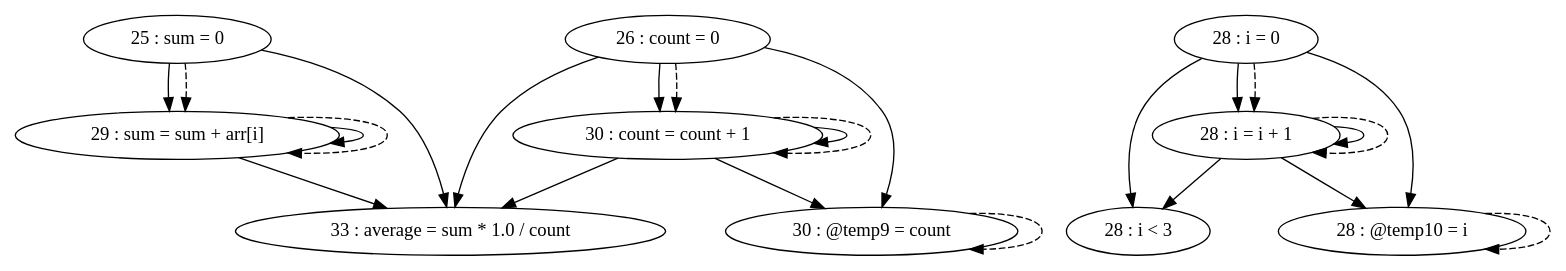
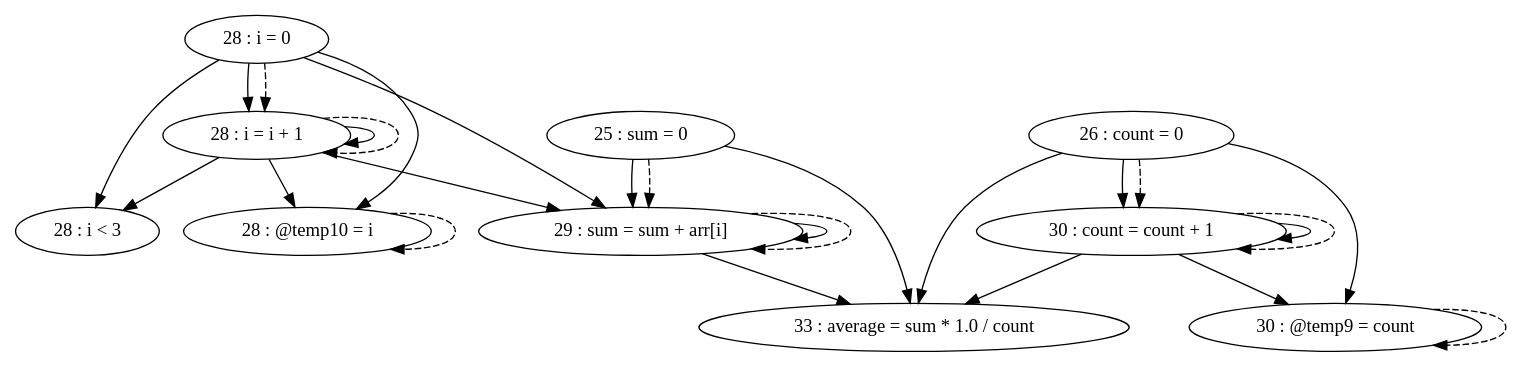
Before and after one commit to thomassimko/thesis-code-duplication: the diagram in pdg/source/testFiles/TestCases/TestCase3/TestCase3-test2.gv, drawn with Graphviz. The commit also changed 33 other files, not shown here.

```diff
--- a/pdg/source/testFiles/TestCases/TestCase3/TestCase3-test2.gv
+++ b/pdg/source/testFiles/TestCases/TestCase3/TestCase3-test2.gv
@@ -1,36 +1,38 @@
 digraph G {
 "25 : sum = 0"
 "25 : sum = 0" -> "29 : sum = sum + arr[i]"
 "25 : sum = 0" -> "33 : average = sum * 1.0 / count"
 "25 : sum = 0" -> "29 : sum = sum + arr[i]" [style=dashed]
 "26 : count = 0"
 "26 : count = 0" -> "30 : @temp9 = count"
 "26 : count = 0" -> "33 : average = sum * 1.0 / count"
 "26 : count = 0" -> "30 : count = count + 1"
 "26 : count = 0" -> "30 : count = count + 1" [style=dashed]
 "28 : i = 0"
-"28 : i = 0" -> "28 : i < 3"
 "28 : i = 0" -> "28 : @temp10 = i"
 "28 : i = 0" -> "28 : i = i + 1"
+"28 : i = 0" -> "29 : sum = sum + arr[i]"
+"28 : i = 0" -> "28 : i < 3"
 "28 : i = 0" -> "28 : i = i + 1" [style=dashed]
 "28 : i < 3"
 "29 : sum = sum + arr[i]"
 "29 : sum = sum + arr[i]" -> "29 : sum = sum + arr[i]"
 "29 : sum = sum + arr[i]" -> "33 : average = sum * 1.0 / count"
 "29 : sum = sum + arr[i]" -> "29 : sum = sum + arr[i]" [style=dashed]
 "30 : @temp9 = count"
 "30 : @temp9 = count" -> "30 : @temp9 = count" [style=dashed]
 "30 : count = count + 1"
 "30 : count = count + 1" -> "30 : @temp9 = count"
 "30 : count = count + 1" -> "33 : average = sum * 1.0 / count"
 "30 : count = count + 1" -> "30 : count = count + 1"
 "30 : count = count + 1" -> "30 : count = count + 1" [style=dashed]
 "28 : @temp10 = i"
 "28 : @temp10 = i" -> "28 : @temp10 = i" [style=dashed]
 "28 : i = i + 1"
-"28 : i = i + 1" -> "28 : i < 3"
 "28 : i = i + 1" -> "28 : @temp10 = i"
 "28 : i = i + 1" -> "28 : i = i + 1"
+"28 : i = i + 1" -> "29 : sum = sum + arr[i]"
+"28 : i = i + 1" -> "28 : i < 3"
 "28 : i = i + 1" -> "28 : i = i + 1" [style=dashed]
 "33 : average = sum * 1.0 / count"
 }
```
